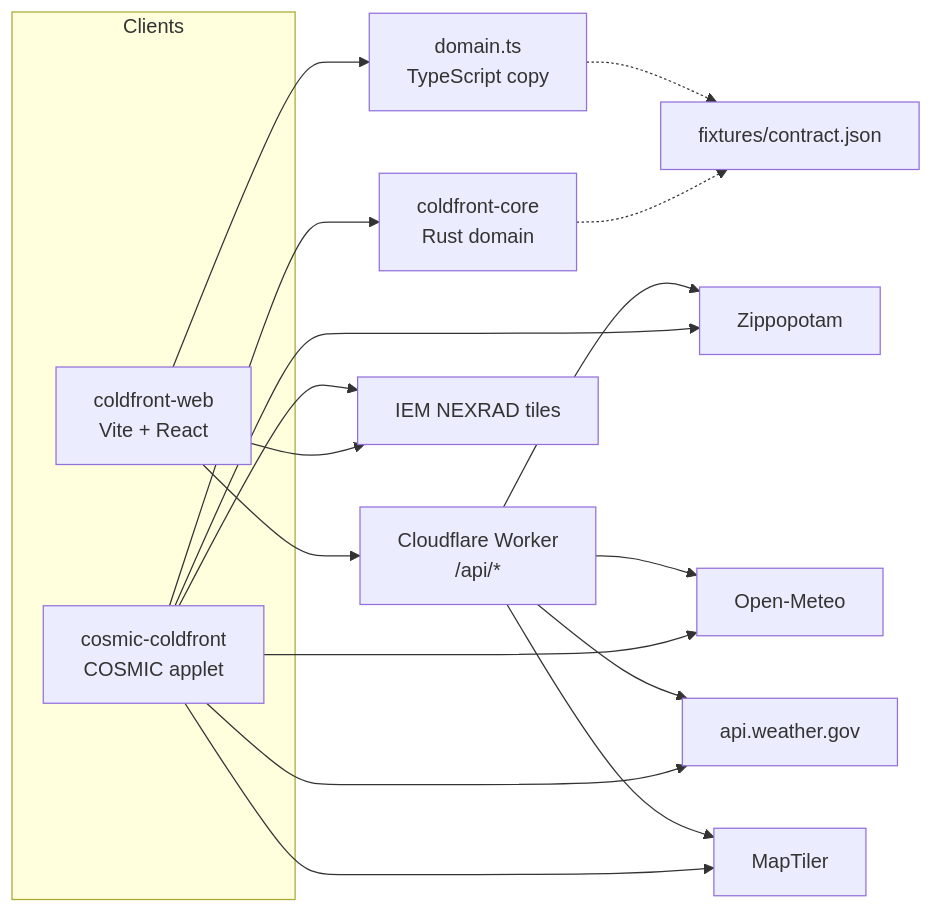
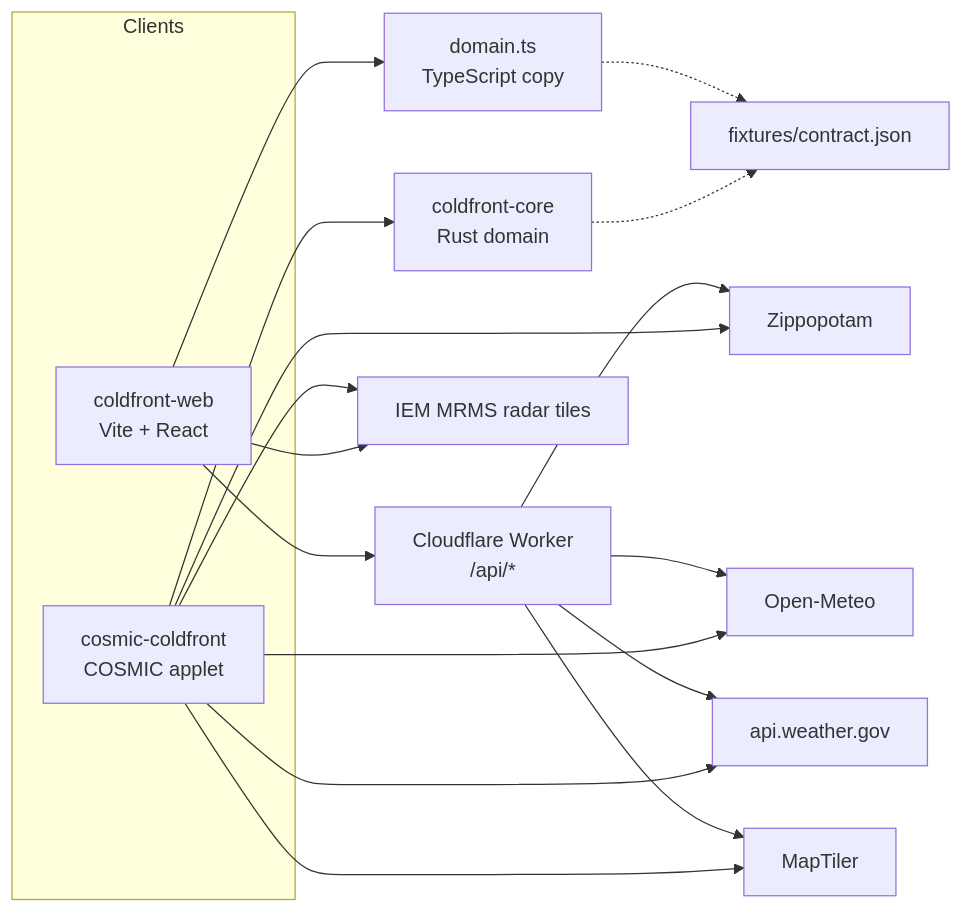
One commit to drmaas/coldfront changed the first of 4 diagrams in docs/architecture.md. Above: the diagram before and after it, drawn with Mermaid. The commit also changed other lines of this file and 12 other files, not shown here.

First line of the commit message:
fix(radar): use MRMS HSR tiles, drop Relief sweep (#16)

````diff
--- a/docs/architecture.md
+++ b/docs/architecture.md
@@ -7,38 +7,38 @@
 ```mermaid
 flowchart LR
   subgraph clients [Clients]
     Web["coldfront-web<br/>Vite + React"]
     Applet["cosmic-coldfront<br/>COSMIC applet"]
   end
 
   Core["coldfront-core<br/>Rust domain"]
   DomainTS["domain.ts<br/>TypeScript copy"]
   Contract["fixtures/contract.json"]
 
   Worker["Cloudflare Worker<br/>/api/*"]
 
   Zip["Zippopotam"]
   OM["Open-Meteo"]
   NWS["api.weather.gov"]
   MT["MapTiler"]
-  IEM["IEM NEXRAD tiles"]
+  IEM["IEM MRMS radar tiles"]
 
   Web --> DomainTS
   Applet --> Core
   DomainTS -.-> Contract
   Core -.-> Contract
 
   Web --> Worker
   Worker --> Zip
   Worker --> OM
   Worker --> NWS
   Worker --> MT
 
   Applet --> Zip
   Applet --> OM
   Applet --> NWS
   Applet --> MT
   Applet --> IEM
 
   Web --> IEM
 ```
````
